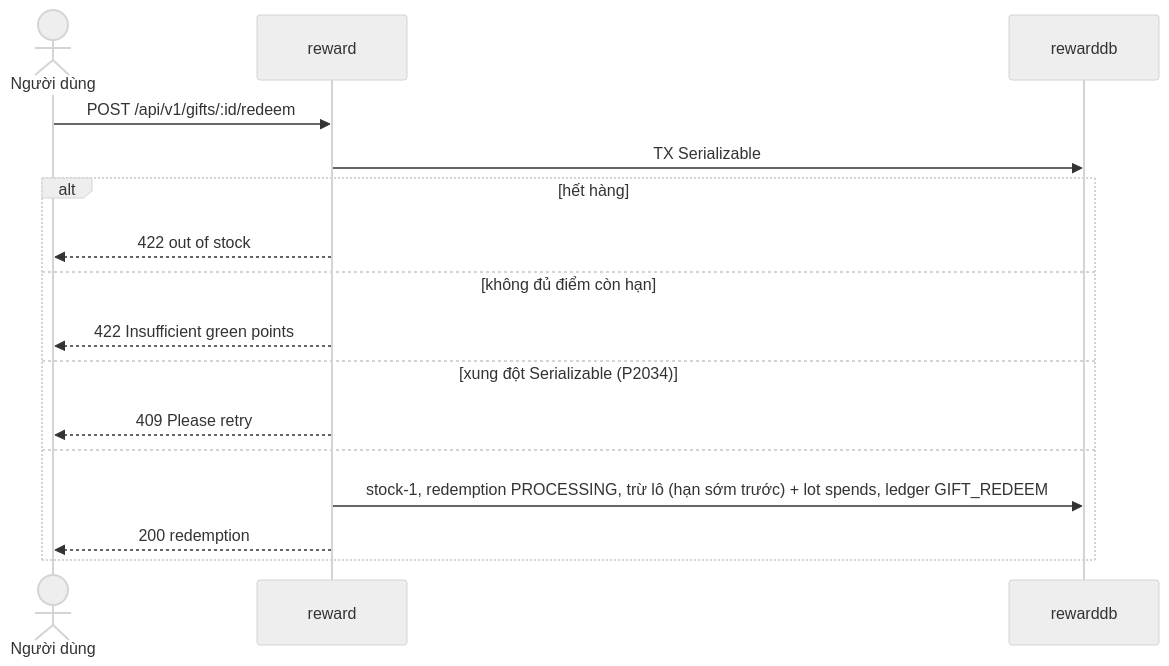
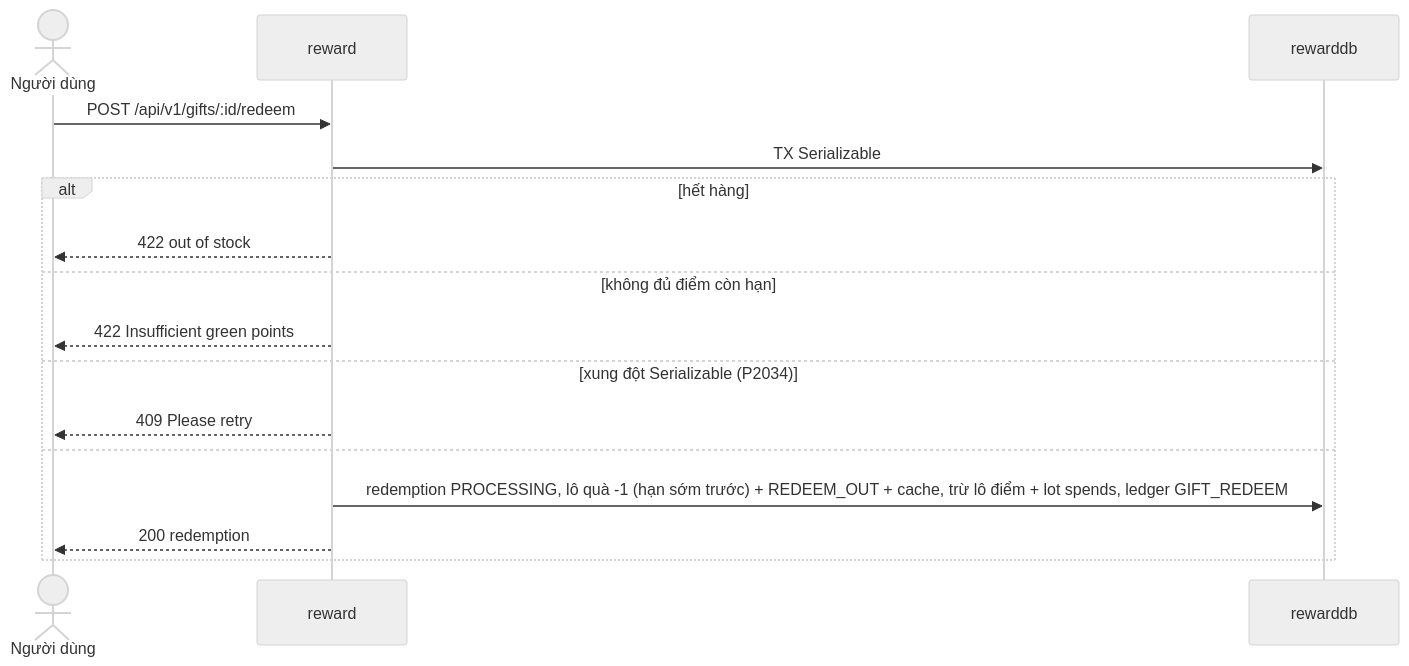
Before and after one commit to DOAN2-UQT-KN/ecolink-docs: diagram 26 of 31 in 02-business-flows.md, drawn with Mermaid (neutral theme). The commit also changed other lines of this file and 9 other files, not shown here.

Commit message:
docs: gift sources and batch stock

````diff
--- a/02-business-flows.md
+++ b/02-business-flows.md
@@ -1129,18 +1132,18 @@
 ```mermaid
 sequenceDiagram
   actor U as Người dùng
   participant RW as reward
   participant DB as rewarddb
   U->>RW: POST /api/v1/gifts/:id/redeem
   RW->>DB: TX Serializable
   alt hết hàng
     RW-->>U: 422 out of stock
   else không đủ điểm còn hạn
     RW-->>U: 422 Insufficient green points
   else xung đột Serializable (P2034)
     RW-->>U: 409 Please retry
   else
-    RW->>DB: stock-1, redemption PROCESSING, trừ lô (hạn sớm trước) + lot spends, ledger GIFT_REDEEM
+    RW->>DB: redemption PROCESSING, lô quà -1 (hạn sớm trước) + REDEEM_OUT + cache, trừ lô điểm + lot spends, ledger GIFT_REDEEM
     RW-->>U: 200 redemption
   end
 ```
````
